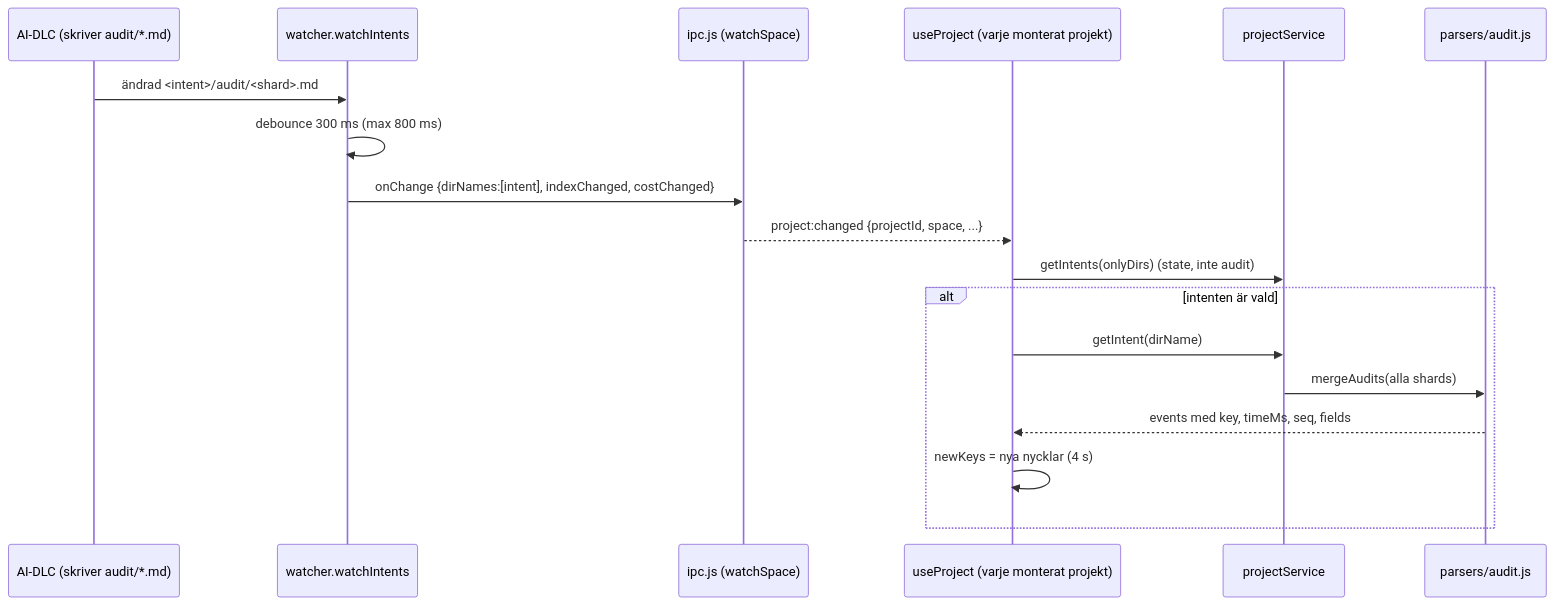
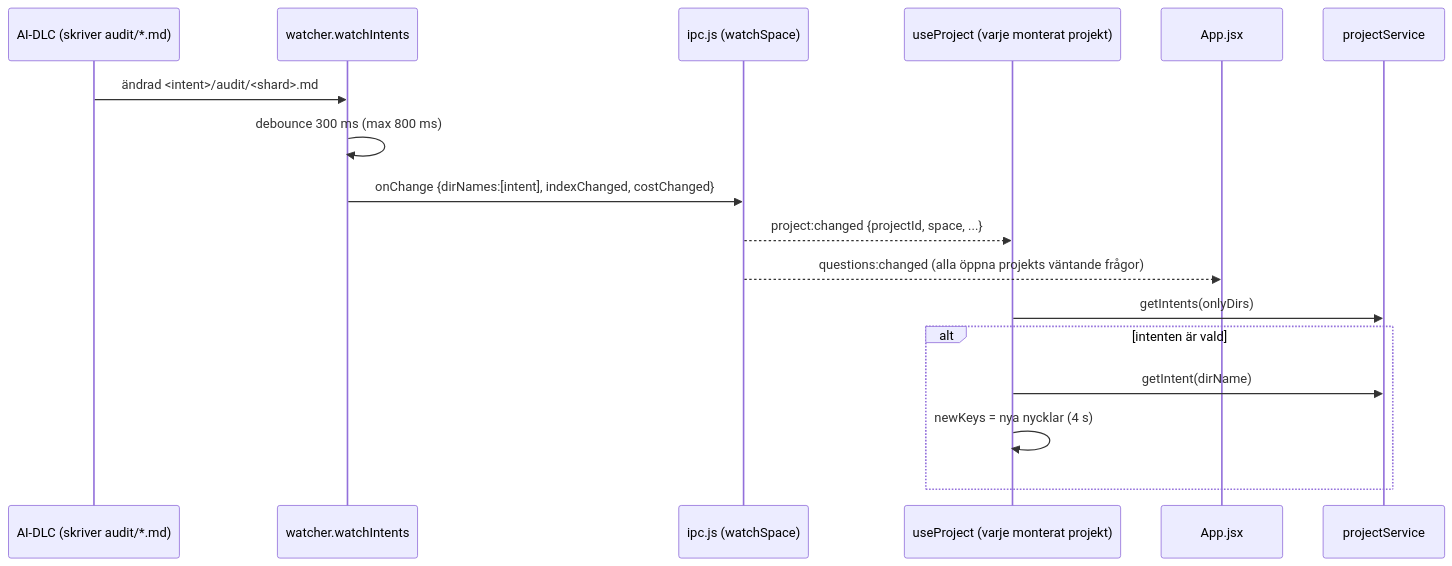
Before and after one commit to tochman/ai-dlc-thadeus: the sixth of 8 diagrams in aidlc/spaces/default/codekb/aidlc-dash/architecture.md, drawn with Mermaid. The commit also changed other lines of this file and 57 other files, not shown here.

````diff
--- a/aidlc/spaces/default/codekb/aidlc-dash/architecture.md
+++ b/aidlc/spaces/default/codekb/aidlc-dash/architecture.md
@@ -153,20 +206,19 @@
 ```mermaid
 sequenceDiagram
   participant AIDLC as AI-DLC (skriver audit/*.md)
   participant Watch as watcher.watchIntents
   participant IPC as ipc.js (watchSpace)
   participant Hook as useProject (varje monterat projekt)
+  participant App as App.jsx
   participant Svc as projectService
-  participant Parser as parsers/audit.js
   AIDLC->>Watch: ändrad <intent>/audit/<shard>.md
   Watch->>Watch: debounce 300 ms (max 800 ms)
   Watch->>IPC: onChange {dirNames:[intent], indexChanged, costChanged}
   IPC-->>Hook: project:changed {projectId, space, ...}
-  Hook->>Svc: getIntents(onlyDirs) (state, inte audit)
+  IPC-->>App: questions:changed (alla öppna projekts väntande frågor)
+  Hook->>Svc: getIntents(onlyDirs)
   alt intenten är vald
     Hook->>Svc: getIntent(dirName)
-    Svc->>Parser: mergeAudits(alla shards)
-    Parser-->>Hook: events med key, timeMs, seq, fields
     Hook->>Hook: newKeys = nya nycklar (4 s)
   end
 ```
````
